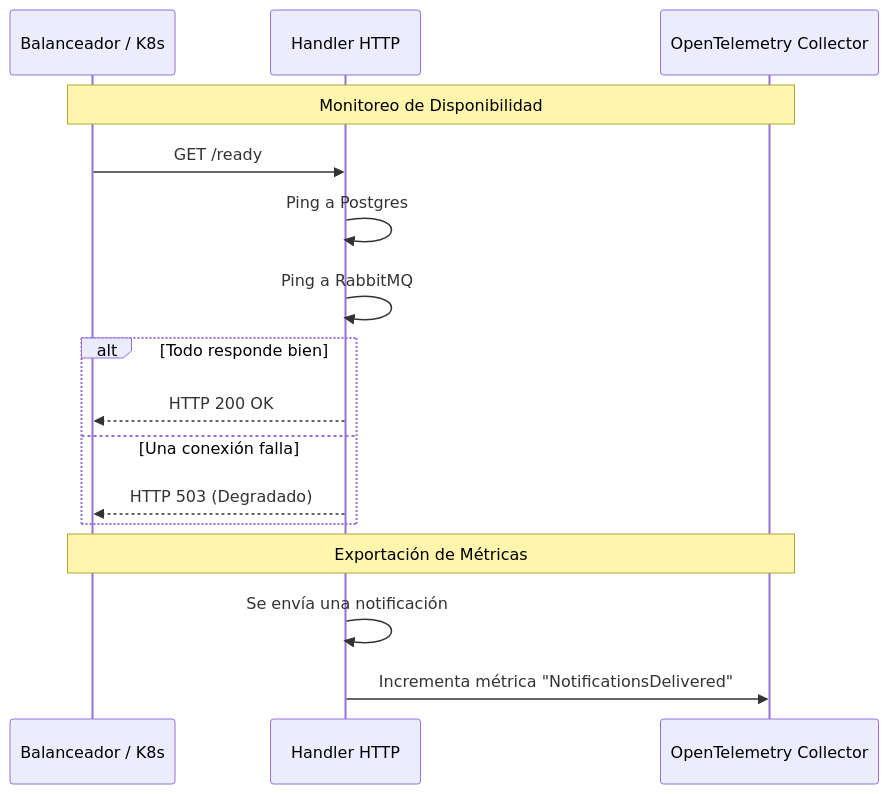
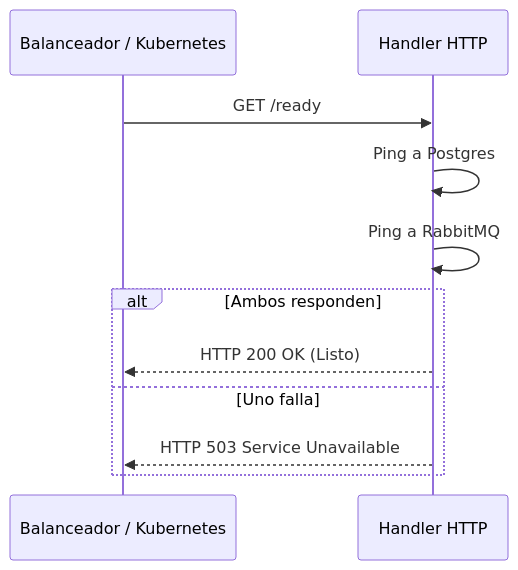
One commit to Entregables-Jesus-Ariel/evidencias-notification-service changed the diagram in tasks-vanessaperdomo/HU-NOTIF-007.md. Above: the diagram before and after it, drawn with Mermaid. The commit also changed other lines of this file and 6 other files, not shown here.

````diff
--- a/tasks-vanessaperdomo/HU-NOTIF-007.md
+++ b/tasks-vanessaperdomo/HU-NOTIF-007.md
@@ -17,20 +15,15 @@
 ```mermaid
 sequenceDiagram
-    participant Infra as Balanceador / K8s
+    participant Infra as Balanceador / Kubernetes
     participant API as Handler HTTP
-    participant OTel as OpenTelemetry Collector
 
-    Note over Infra,OTel: Monitoreo de Disponibilidad
     Infra->>API: GET /ready
     API->>API: Ping a Postgres
     API->>API: Ping a RabbitMQ
-    alt Todo responde bien
-        API-->>Infra: HTTP 200 OK
-    else Una conexión falla
-        API-->>Infra: HTTP 503 (Degradado)
+    
+    alt Ambos responden
+        API-->>Infra: HTTP 200 OK (Listo)
+    else Uno falla
+        API-->>Infra: HTTP 503 Service Unavailable
     end
-    
-    Note over Infra,OTel: Exportación de Métricas
-    API->>API: Se envía una notificación
-    API->>OTel: Incrementa métrica "NotificationsDelivered"
 ```
````
